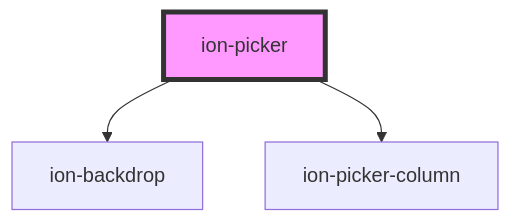
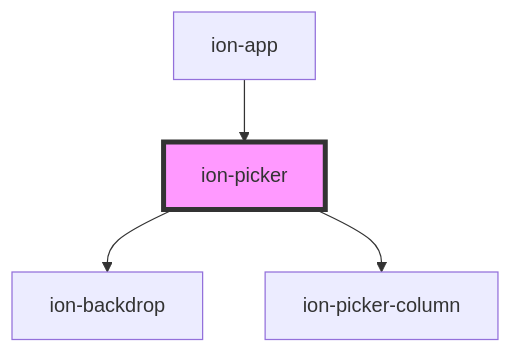
Before and after one commit to Ryu9425/ang_ionic: the diagram in core/src/components/picker/readme.md, drawn with Mermaid. The commit also changed other lines of this file and 11 other files, not shown here.

Commit message:
fix(overlays): overlays are defined by ion-app; ion-select-popover is defined by ion-select

````diff
--- a/core/src/components/picker/readme.md
+++ b/core/src/components/picker/readme.md
@@ -335,6 +339,7 @@
 ```mermaid
 graph TD;
   ion-picker --> ion-backdrop
   ion-picker --> ion-picker-column
+  ion-app --> ion-picker
   style ion-picker fill:#f9f,stroke:#333,stroke-width:4px
 ```
````
